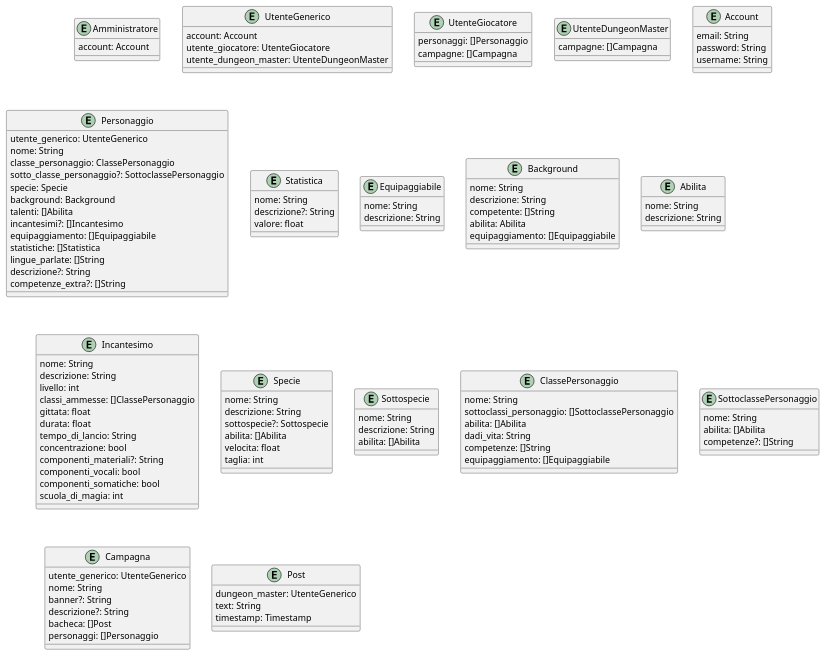
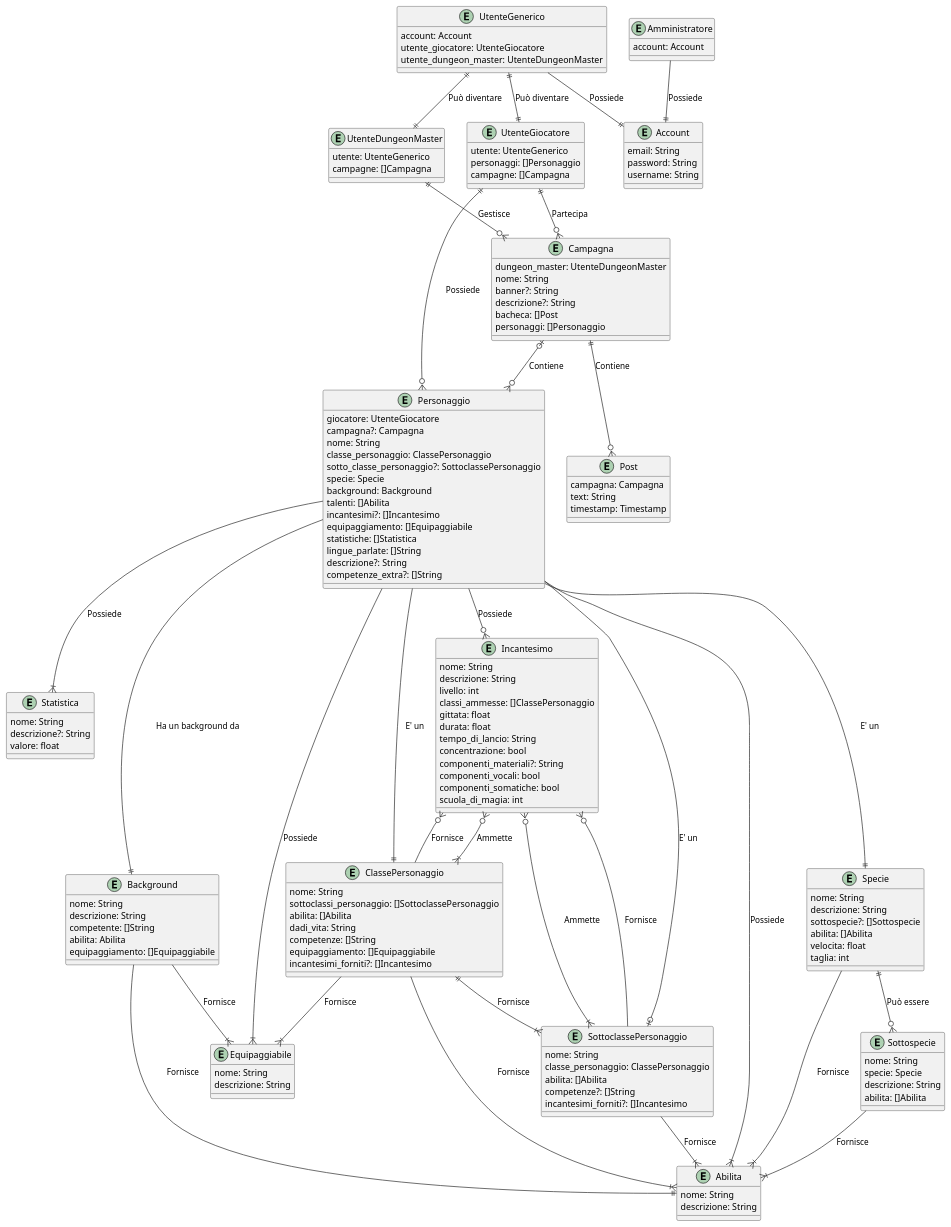
Before and after one commit to frax2004/progetto-sweb: the diagram in entity-relationship-scheme.puml, drawn with PlantUML. The commit also changed 2 other files, not shown here.

```diff
--- a/entity-relationship-scheme.puml
+++ b/entity-relationship-scheme.puml
@@ -1,140 +1,192 @@
 @startuml diagram
 
 
 entity Amministratore {
   account: Account
 }
+
+
 
 entity UtenteGenerico {
   account: Account
   utente_giocatore: UtenteGiocatore
   utente_dungeon_master: UtenteDungeonMaster
 }
 
 entity UtenteGiocatore {
+  utente: UtenteGenerico
   ' riferito ad ID
   personaggi: []Personaggio 
   ' riferito ad ID
   campagne: []Campagna 
 }
 
 entity UtenteDungeonMaster {
+  utente: UtenteGenerico
   ' riferito ad ID
   campagne: []Campagna 
 }
 
 
 entity Account {
   email: String
   password: String
   username: String
 }
 
 ' i personaggi si differenziano anche in base al giocatore proprietario
 entity Personaggio {
   ' riferimento
-  utente_generico: UtenteGenerico 
+  giocatore: UtenteGiocatore 
+  campagna?: Campagna
   nome: String 
   classe_personaggio: ClassePersonaggio
   sotto_classe_personaggio?: SottoclassePersonaggio
   specie: Specie
   background: Background
   talenti: []Abilita
   incantesimi?: []Incantesimo
   equipaggiamento: []Equipaggiabile
   statistiche: []Statistica
   lingue_parlate: []String
   descrizione?: String
   competenze_extra?: []String
 }
 
 entity Statistica {
   nome: String
   descrizione?: String
   valore: float
 }
 
 entity Equipaggiabile {
   nome: String
   descrizione: String
 }
 
 entity Background {
   nome: String
   descrizione: String
   competente: []String
   abilita: Abilita
   equipaggiamento: []Equipaggiabile
 }
 
 entity Abilita {
   nome: String
   descrizione: String
 }
 
 entity Incantesimo {
   nome: String
   descrizione: String
   livello: int
   classi_ammesse: []ClassePersonaggio
   gittata: float
   durata: float
   tempo_di_lancio: String
   concentrazione: bool
   componenti_materiali?: String
   componenti_vocali: bool
   componenti_somatiche: bool
   scuola_di_magia: int
 }
 
 entity Specie {
   nome: String
   descrizione: String
-  sottospecie?: Sottospecie
+  sottospecie?: []Sottospecie
   abilita: []Abilita
   velocita: float
   taglia: int
 }
 
 entity Sottospecie {
   nome: String
+  specie: Specie
   descrizione: String
   abilita: []Abilita
 }
 
 entity ClassePersonaggio {
   nome: String
   sottoclassi_personaggio: []SottoclassePersonaggio
   abilita: []Abilita
   dadi_vita: String
   competenze: []String
   equipaggiamento: []Equipaggiabile
+  incantesimi_forniti?: []Incantesimo
 }
 
 entity SottoclassePersonaggio {
   nome: String
+  classe_personaggio: ClassePersonaggio
   abilita: []Abilita
   competenze?: []String
+  incantesimi_forniti?: []Incantesimo
 }
 
 
 ' le campagne si differenziano anche in base al dungeon master proprietario
 entity Campagna {
   ' riferimento ad utente generico per considerare anche il profilo
-  utente_generico: UtenteGenerico 
+  dungeon_master: UtenteDungeonMaster
   nome: String
   ' link all'immagine
   banner?: String 
   descrizione?: String
   bacheca: []Post
   personaggi: []Personaggio
 }
 
 entity Post {
-  dungeon_master: UtenteGenerico
+  campagna: Campagna
   text: String
   timestamp: Timestamp
 }
 
+Amministratore --|| Account : Possiede
+
+UtenteGenerico --|| Account : Possiede
+UtenteGenerico ||--|| UtenteGiocatore : Può diventare
+UtenteGenerico ||--|| UtenteDungeonMaster : Può diventare
+
+UtenteGiocatore ||--o{ Personaggio : Possiede
+UtenteGiocatore ||--o{ Campagna : Partecipa
+
+UtenteDungeonMaster ||--o{ Campagna : Gestisce
+
+Campagna ||--o{ Post : Contiene
+Campagna |o--o{ Personaggio : Contiene
+
+Personaggio --|| ClassePersonaggio : E' un
+Personaggio --o| SottoclassePersonaggio : E' un
+Personaggio --|| Specie : E' un
+Personaggio --|| Background : Ha un background da
+Personaggio --|{ Abilita : Possiede
+Personaggio --o{ Incantesimo : Possiede
+Personaggio --|{ Equipaggiabile : Possiede
+Personaggio --|{ Statistica : Possiede
+
+Background --|| Abilita : Fornisce
+Background --|{ Equipaggiabile : Fornisce
+
+
+Incantesimo }o--|{ ClassePersonaggio : Ammette
+Incantesimo }o--|{ SottoclassePersonaggio : Ammette
+
+
+ClassePersonaggio ||--|{ SottoclassePersonaggio : Fornisce
+ClassePersonaggio --|{ Abilita : Fornisce
+ClassePersonaggio --|{ Equipaggiabile : Fornisce
+ClassePersonaggio --o{ Incantesimo : Fornisce
+
+SottoclassePersonaggio --|{ Abilita : Fornisce
+SottoclassePersonaggio --o{ Incantesimo : Fornisce
+
+Specie ||--o{ Sottospecie : Può essere
+Specie --|{ Abilita : Fornisce
+
+Sottospecie --|{ Abilita : Fornisce
 
 @enduml
```
